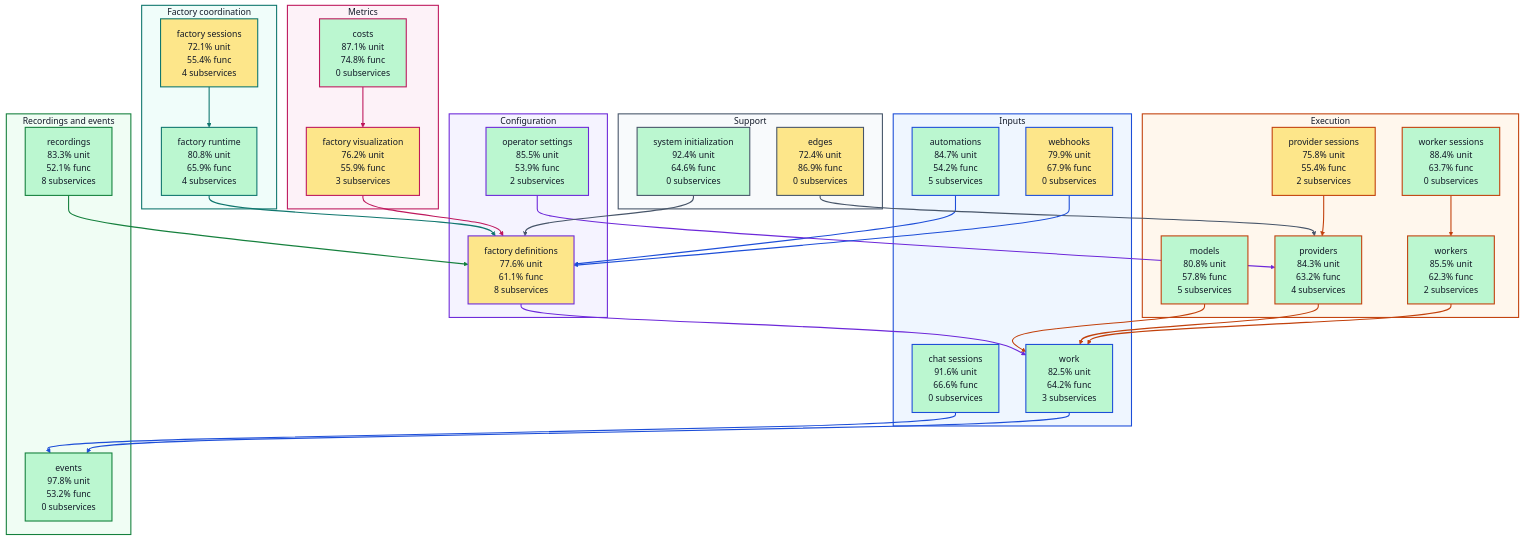
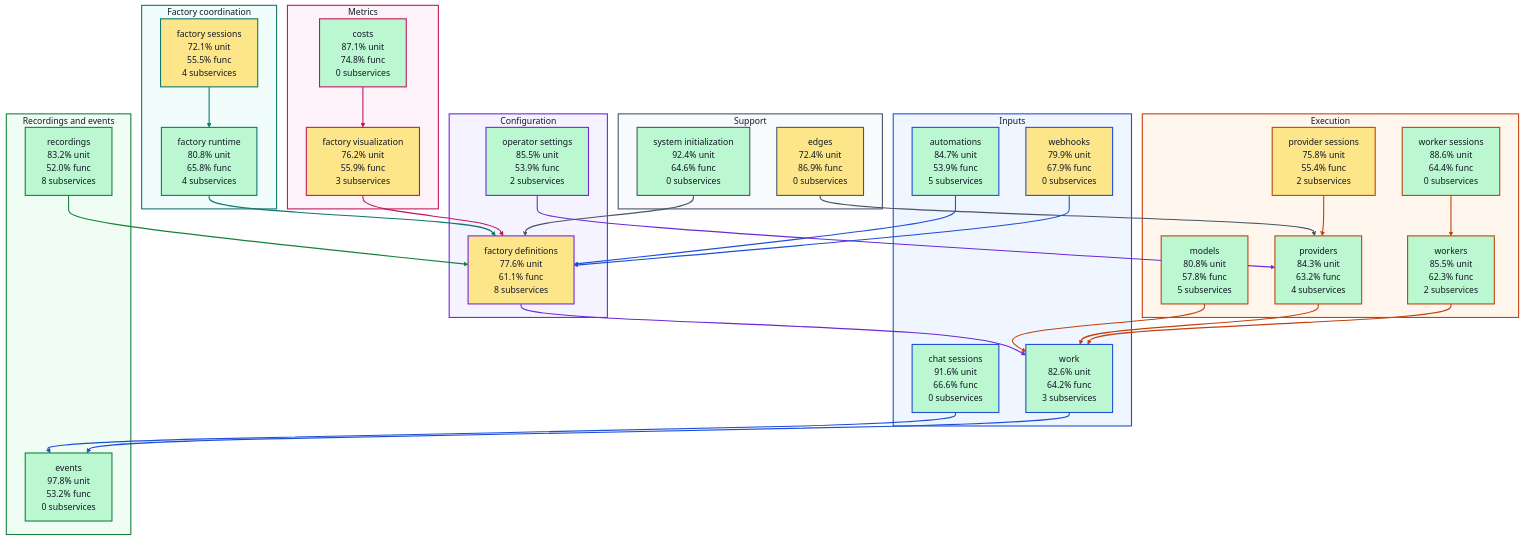
One commit to portpowered/you-agent-factory changed the diagram in docs/architecture/visualizations/high-level-test-coverage.md. Above: the diagram before and after it, drawn with Mermaid. The commit also changed other lines of this file and 20 other files, not shown here.

Commit message:
docs: refresh backend architecture visualizations

````diff
--- a/docs/architecture/visualizations/high-level-test-coverage.md
+++ b/docs/architecture/visualizations/high-level-test-coverage.md
@@ -11,29 +11,29 @@
 ```mermaid
 flowchart TB
   subgraph input["Inputs"]
-    s_services_automations["automations<br/>84.7% unit<br/>54.2% func<br/>5 subservices"]
+    s_services_automations["automations<br/>84.7% unit<br/>53.9% func<br/>5 subservices"]
     s_services_chat_sessions["chat sessions<br/>91.6% unit<br/>66.6% func<br/>0 subservices"]
     s_services_webhooks["webhooks<br/>79.9% unit<br/>67.9% func<br/>0 subservices"]
-    s_services_work["work<br/>82.5% unit<br/>64.2% func<br/>3 subservices"]
+    s_services_work["work<br/>82.6% unit<br/>64.2% func<br/>3 subservices"]
   end
   subgraph configuration["Configuration"]
     s_services_factory_definitions["factory definitions<br/>77.6% unit<br/>61.1% func<br/>8 subservices"]
     s_services_operator_settings["operator settings<br/>85.5% unit<br/>53.9% func<br/>2 subservices"]
   end
   subgraph coordination["Factory coordination"]
-    s_services_factory_runtime["factory runtime<br/>80.8% unit<br/>65.9% func<br/>4 subservices"]
-    s_services_factory_sessions["factory sessions<br/>72.1% unit<br/>55.4% func<br/>4 subservices"]
+    s_services_factory_runtime["factory runtime<br/>80.8% unit<br/>65.8% func<br/>4 subservices"]
+    s_services_factory_sessions["factory sessions<br/>72.1% unit<br/>55.5% func<br/>4 subservices"]
   end
   subgraph execution["Execution"]
     s_services_models["models<br/>80.8% unit<br/>57.8% func<br/>5 subservices"]
     s_services_provider_sessions["provider sessions<br/>75.8% unit<br/>55.4% func<br/>2 subservices"]
     s_services_providers["providers<br/>84.3% unit<br/>63.2% func<br/>4 subservices"]
-    s_services_worker_sessions["worker sessions<br/>88.4% unit<br/>63.7% func<br/>0 subservices"]
+    s_services_worker_sessions["worker sessions<br/>88.6% unit<br/>64.4% func<br/>0 subservices"]
     s_services_workers["workers<br/>85.5% unit<br/>62.3% func<br/>2 subservices"]
   end
   subgraph recordings["Recordings and events"]
     s_services_events["events<br/>97.8% unit<br/>53.2% func<br/>0 subservices"]
-    s_services_recordings["recordings<br/>83.3% unit<br/>52.1% func<br/>8 subservices"]
+    s_services_recordings["recordings<br/>83.2% unit<br/>52.0% func<br/>8 subservices"]
   end
   subgraph metrics["Metrics"]
     s_services_costs["costs<br/>87.1% unit<br/>74.8% func<br/>0 subservices"]
````
